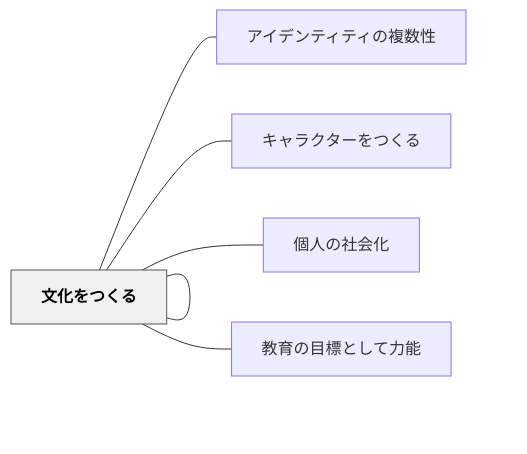
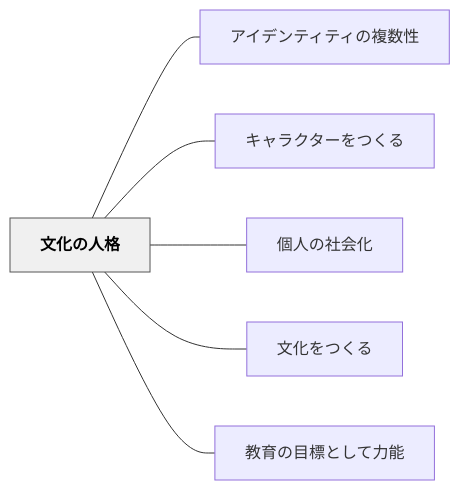
The diagram in content/パタン/文化の人格.md (unknownthings-ed-patterns/unknownthings-ed-patterns), drawn with Mermaid before and after one commit. The commit also changed 527 other files, not shown here.

````diff
--- a/content/パタン/文化の人格.md
+++ b/content/パタン/文化の人格.md
@@ -150,18 +150,18 @@
 ```mermaid
 flowchart LR
-    ne69687e58c96["文化の人格"]
-    ne382a2e382a4["アイデンティティの複数性"]
-    ne382ade383a3["キャラクターをつくる"]
-    ne5808be4baba["個人の社会化"]
-    ne69687e58c96["文化をつくる"]
-    ne69599e882b2["教育の目標として力能"]
+    ne69687e58c96e381aee4babae6a0bc["文化の人格"]
+    ne382a2e382a4e38387e383b3e38386e382a3e38386e382a3e381aee8a487e695b0e680a7["アイデンティティの複数性"]
+    ne382ade383a3e383a9e382afe382bfe383bce38292e381a4e3818fe3828b["キャラクターをつくる"]
+    ne5808be4babae381aee7a4bee4bc9ae58c96["個人の社会化"]
+    ne69687e58c96e38292e381a4e3818fe3828b["文化をつくる"]
+    ne69599e882b2e381aee79baee6a899e381a8e38197e381a6e58a9be883bd["教育の目標として力能"]
 
-    ne69687e58c96 --- ne382a2e382a4
-    ne69687e58c96 --- ne382ade383a3
-    ne69687e58c96 --- ne5808be4baba
-    ne69687e58c96 --- ne69687e58c96
-    ne69687e58c96 --- ne69599e882b2
+    ne69687e58c96e381aee4babae6a0bc --- ne382a2e382a4e38387e383b3e38386e382a3e38386e382a3e381aee8a487e695b0e680a7
+    ne69687e58c96e381aee4babae6a0bc --- ne382ade383a3e383a9e382afe382bfe383bce38292e381a4e3818fe3828b
+    ne69687e58c96e381aee4babae6a0bc --- ne5808be4babae381aee7a4bee4bc9ae58c96
+    ne69687e58c96e381aee4babae6a0bc --- ne69687e58c96e38292e381a4e3818fe3828b
+    ne69687e58c96e381aee4babae6a0bc --- ne69599e882b2e381aee79baee6a899e381a8e38197e381a6e58a9be883bd
 
     classDef hub fill:#f0f0f0,stroke:#555,color:#000,font-weight:bold
-    class ne69687e58c96 hub
+    class ne69687e58c96e381aee4babae6a0bc hub
 ```
````
